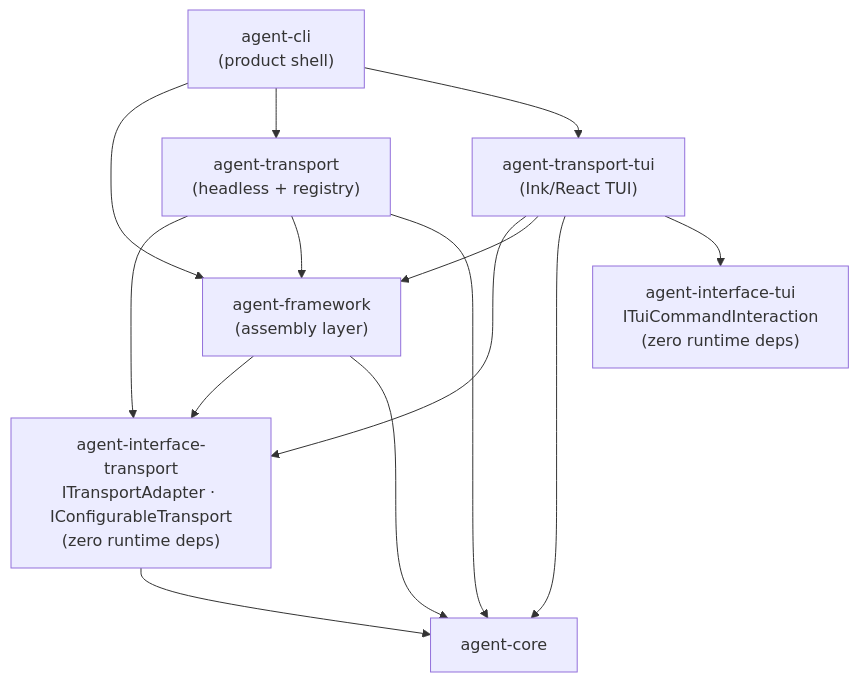
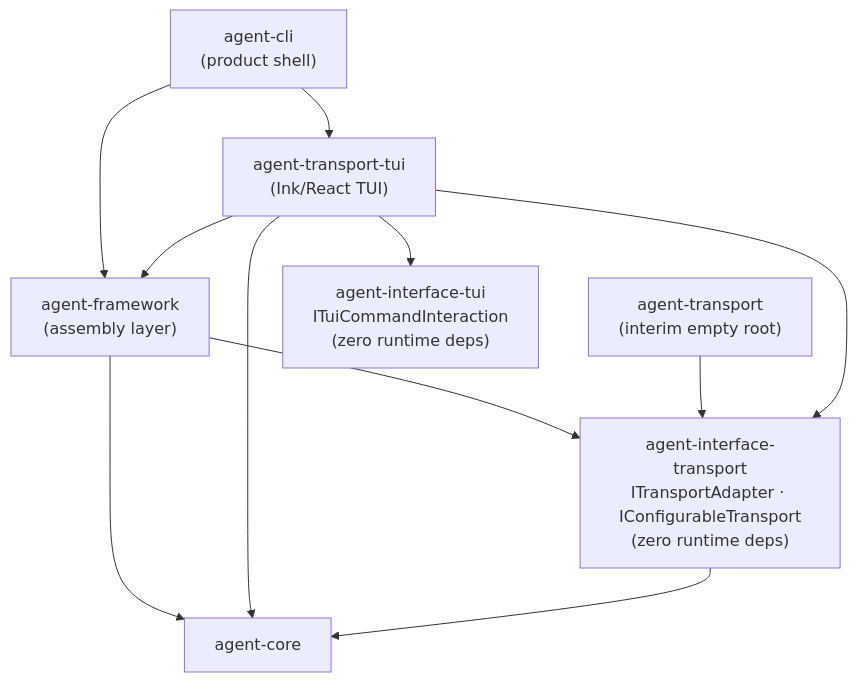
One commit to woojubb/robota changed the diagram in .agents/specs/architecture-map/transport-architecture.md. Above: the diagram before and after it, drawn with Mermaid. The commit also changed other lines of this file and 95 other files, not shown here.

````diff
--- a/.agents/specs/architecture-map/transport-architecture.md
+++ b/.agents/specs/architecture-map/transport-architecture.md
@@ -44,24 +44,21 @@
 ```mermaid
 flowchart TD
   CLI["agent-cli\n(product shell)"]
   FW["agent-framework\n(assembly layer)"]
-  Transport["agent-transport\n(headless + registry)"]
+  Transport["agent-transport\n(interim empty root)"]
   TransportTui["agent-transport-tui\n(Ink/React TUI)"]
   IfaceTransport["agent-interface-transport\nITransportAdapter · IConfigurableTransport\n(zero runtime deps)"]
   IfaceTui["agent-interface-tui\nITuiCommandInteraction\n(zero runtime deps)"]
   Core["agent-core"]
 
   CLI --> FW
-  CLI --> Transport
   CLI --> TransportTui
   FW --> IfaceTransport
   FW --> Core
   Transport --> IfaceTransport
-  Transport --> FW
-  Transport --> Core
   TransportTui --> IfaceTransport
   TransportTui --> FW
   TransportTui --> Core
   TransportTui --> IfaceTui
   IfaceTransport --> Core
 ```
````
